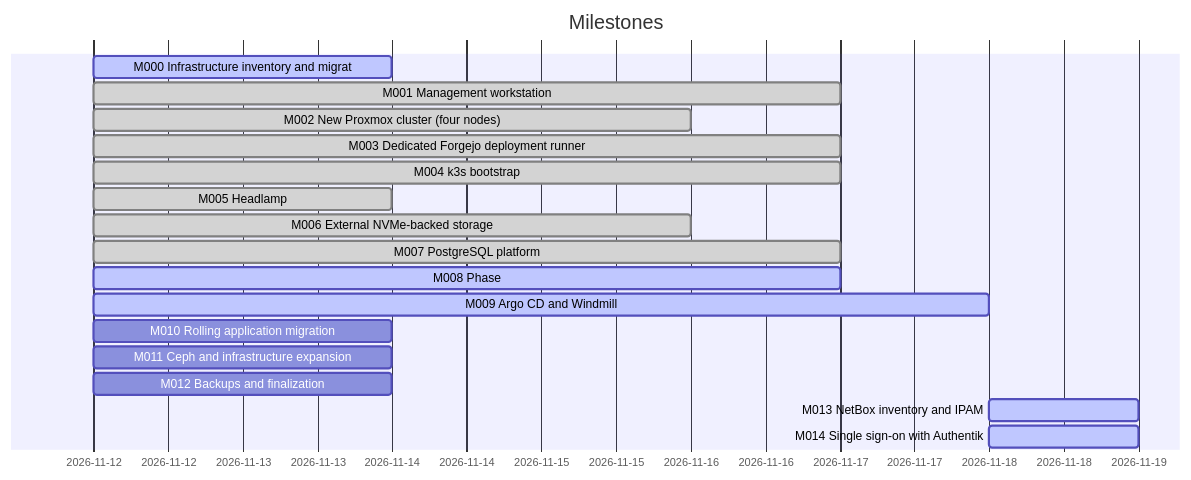
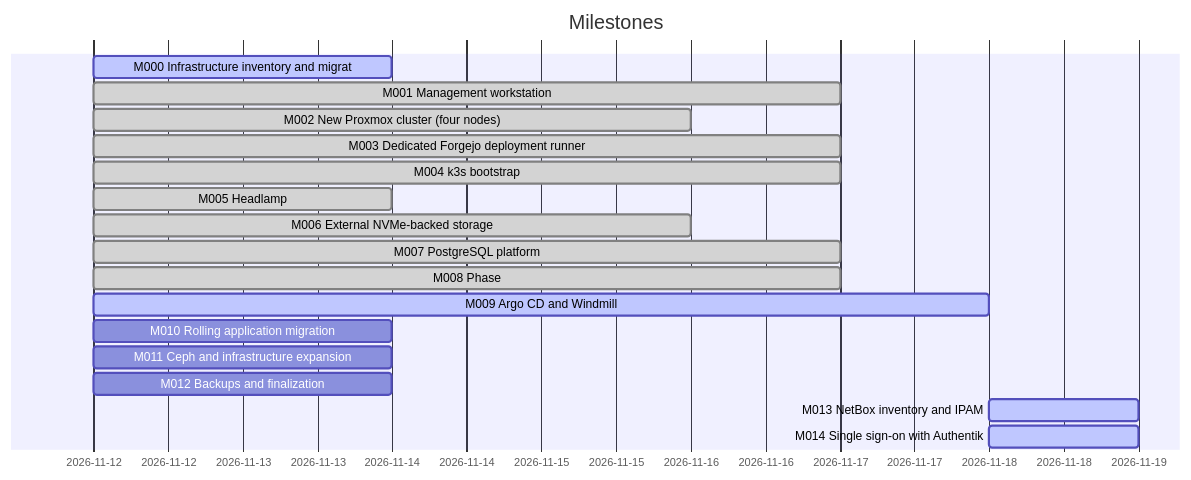
The diagram in docs/dashboard.md (doku-code/homelab-iac), drawn with Mermaid before and after one commit. The commit also changed other lines of this file and 3 other files, not shown here.

````diff
--- a/docs/dashboard.md
+++ b/docs/dashboard.md
@@ -37,20 +37,20 @@
 ```mermaid
 gantt
     dateFormat YYYY-MM-DD
     title Milestones
     M000 Infrastructure inventory and migrat :active, m000, 2026-11-12, 2026-11-14
     M001 Management workstation :done, m001, 2026-11-12, 2026-11-17
     M002 New Proxmox cluster (four nodes) :done, m002, 2026-11-12, 2026-11-16
     M003 Dedicated Forgejo deployment runner :done, m003, 2026-11-12, 2026-11-17
     M004 k3s bootstrap :done, m004, 2026-11-12, 2026-11-17
     M005 Headlamp :done, m005, 2026-11-12, 2026-11-14
     M006 External NVMe-backed storage :done, m006, 2026-11-12, 2026-11-16
     M007 PostgreSQL platform :done, m007, 2026-11-12, 2026-11-17
-    M008 Phase :active, m008, 2026-11-12, 2026-11-17
+    M008 Phase :done, m008, 2026-11-12, 2026-11-17
     M009 Argo CD and Windmill :active, m009, 2026-11-12, 2026-11-18
     M010 Rolling application migration :m010, 2026-11-12, 2026-11-14
     M011 Ceph and infrastructure expansion :m011, 2026-11-12, 2026-11-14
     M012 Backups and finalization :m012, 2026-11-12, 2026-11-14
     M013 NetBox inventory and IPAM :active, m013, 2026-11-18, 2026-11-19
     M014 Single sign-on with Authentik :active, m014, 2026-11-18, 2026-11-19
 ```
````
